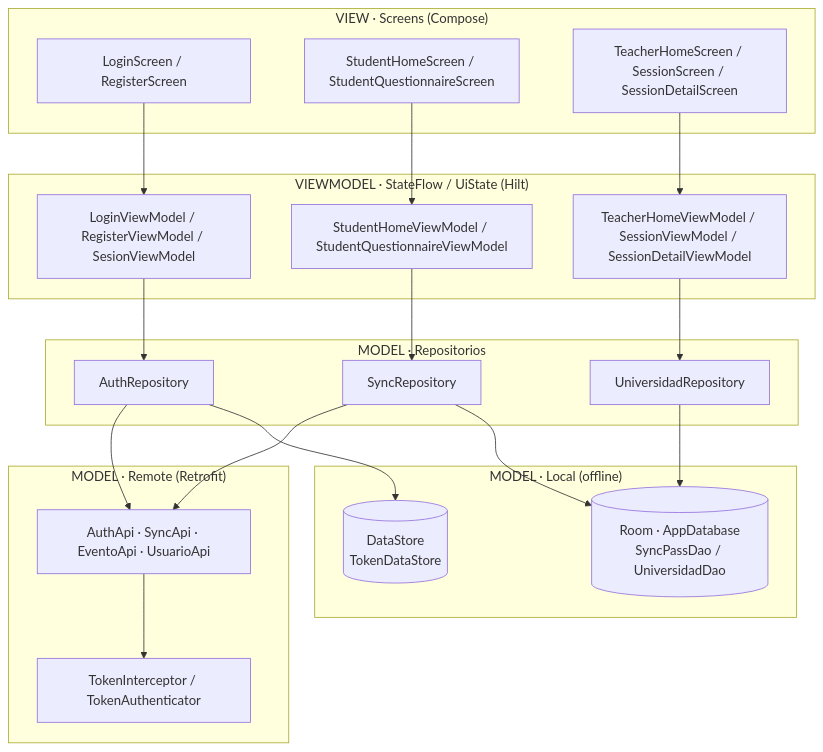
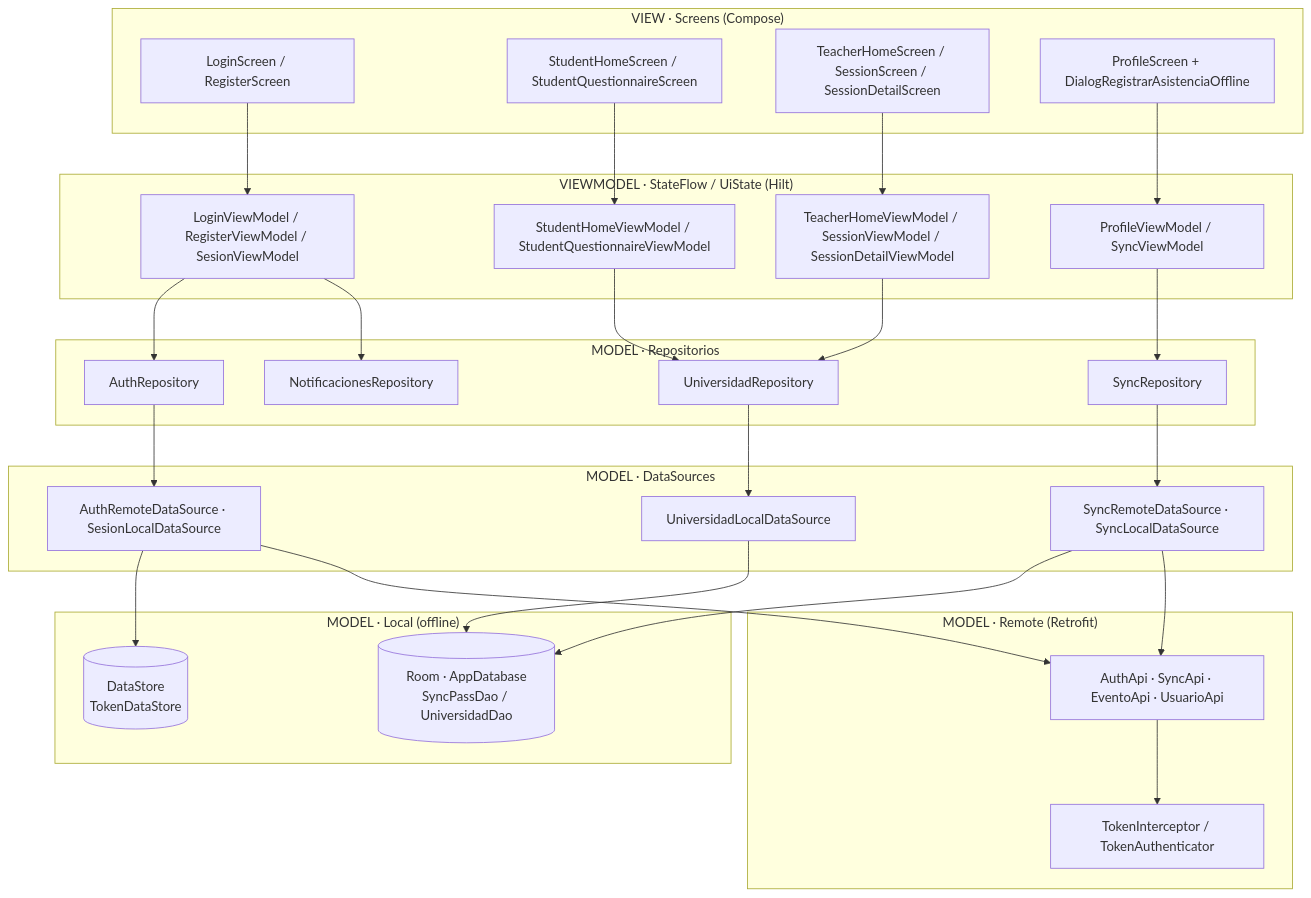
The third of 3 diagrams in docs/ARQUITECTURA.md (feliignaciodev/monolito_backend_syncpass), drawn with Mermaid before and after one commit. The commit also changed other lines of this file and 2 other files, not shown here.

Commit message:
docs: C3 de la app con capa Datasource y cursos recientes en el alcance
- ARQUITECTURA.md §3: el C3 de la app Android ahora muestra la capa
  DataSources (core/datasource/local y remote), NotificacionesRepository y
  los roles de la rúbrica; los ViewModels solo dependen de repositorios.
  Se quita la ruta C:\Src de otro PC.
- ALCANCE.md: GET /api/cursos/recientes (público) en la tabla de endpoints
  (25), validación de fechas y 403 en CU-10/RF-12.
- Pruebas y cobertura actualizadas: 69 pruebas, JaCoCo 72,6 % de líneas.

````diff
--- a/docs/ARQUITECTURA.md
+++ b/docs/ARQUITECTURA.md
@@ -168,40 +169,54 @@
 ```mermaid
 flowchart TB
     subgraph View["VIEW · Screens (Compose)"]
         S1[LoginScreen / RegisterScreen]
         S2[StudentHomeScreen / StudentQuestionnaireScreen]
         S3[TeacherHomeScreen / SessionScreen / SessionDetailScreen]
+        S4[ProfileScreen + DialogRegistrarAsistenciaOffline]
     end
 
     subgraph VM["VIEWMODEL · StateFlow / UiState (Hilt)"]
         VM1[LoginViewModel / RegisterViewModel / SesionViewModel]
         VM2[StudentHomeViewModel / StudentQuestionnaireViewModel]
         VM3[TeacherHomeViewModel / SessionViewModel / SessionDetailViewModel]
+        VM4[ProfileViewModel / SyncViewModel]
     end
 
     subgraph REPO["MODEL · Repositorios"]
         R1[AuthRepository]
         R2[SyncRepository]
         R3[UniversidadRepository]
+        R4[NotificacionesRepository]
+    end
+
+    subgraph DSRC["MODEL · DataSources"]
+        D1[AuthRemoteDataSource · SesionLocalDataSource]
+        D2[SyncRemoteDataSource · SyncLocalDataSource]
+        D3[UniversidadLocalDataSource]
     end
 
     subgraph LOCAL["MODEL · Local (offline)"]
         ROOM[(Room · AppDatabase<br/>SyncPassDao / UniversidadDao)]
         DS[(DataStore<br/>TokenDataStore)]
     end
 
     subgraph REMOTE["MODEL · Remote (Retrofit)"]
         API[AuthApi · SyncApi · EventoApi · UsuarioApi]
         INT[TokenInterceptor / TokenAuthenticator]
     end
 
     S1 --> VM1 --> R1
-    S2 --> VM2 --> R2
+    S2 --> VM2 --> R3
     S3 --> VM3 --> R3
-    R1 --> DS
-    R1 --> API
-    R2 --> ROOM
-    R2 --> API
-    R3 --> ROOM
+    S4 --> VM4 --> R2
+    VM1 --> R4
+    R1 --> D1
+    R2 --> D2
+    R3 --> D3
+    D1 --> DS
+    D1 --> API
+    D2 --> ROOM
+    D2 --> API
+    D3 --> ROOM
     API --> INT
 ```
````
